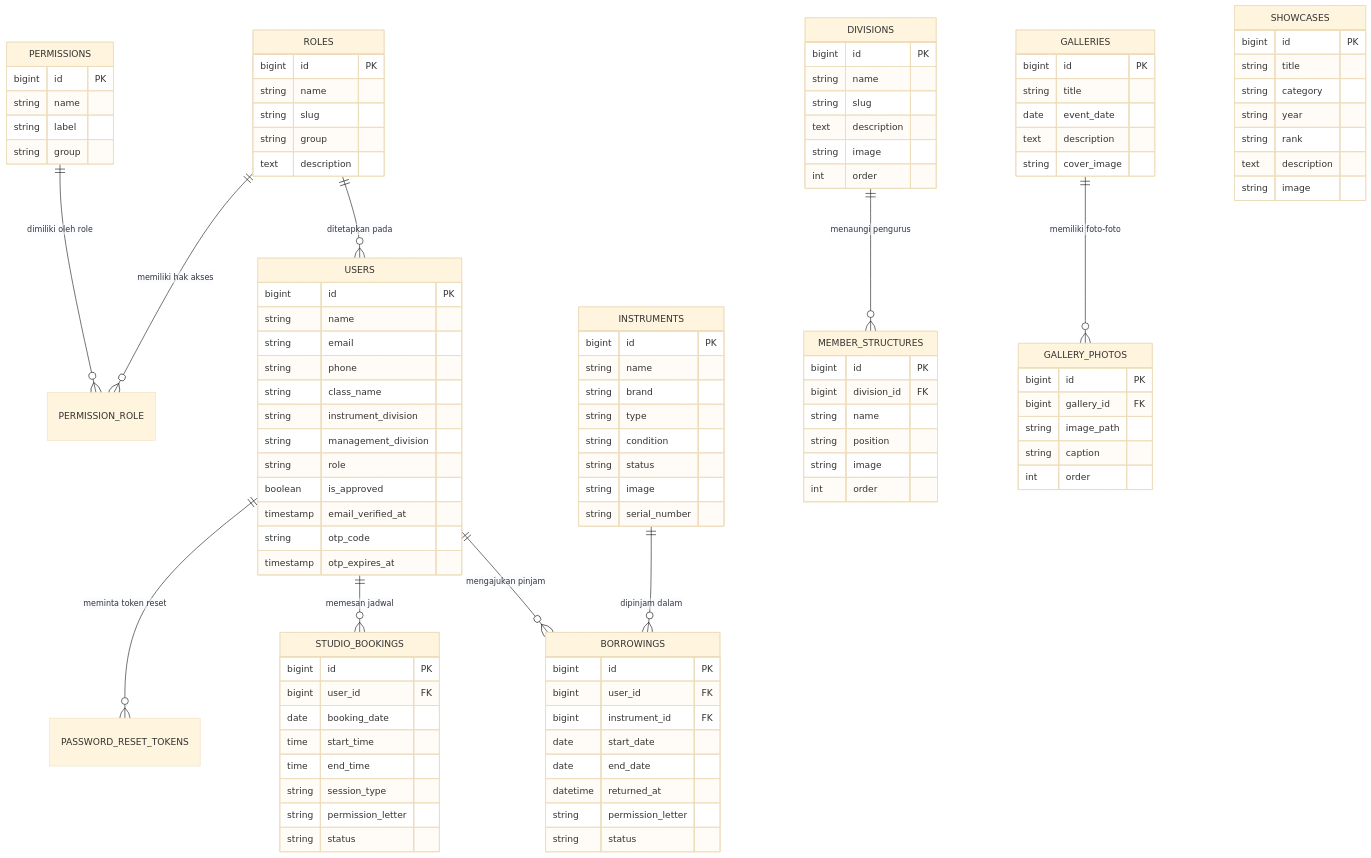
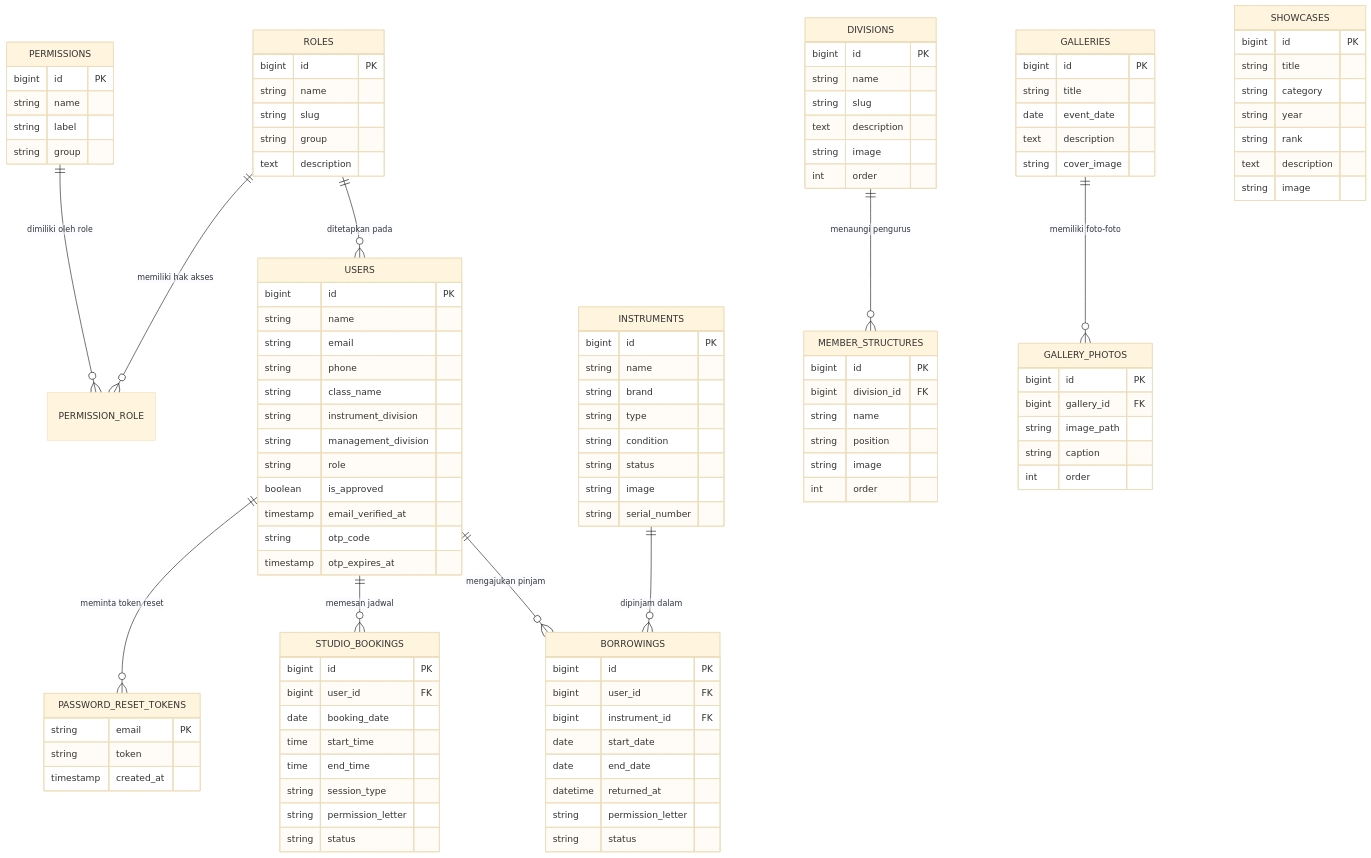
The diagram in README.md (zedhaniin/Website---Smecone-Music), drawn with Mermaid (base theme) before and after one commit. The commit also changed other lines of this file and 29 other files, not shown here.

````diff
--- a/README.md
+++ b/README.md
@@ -182,4 +187,10 @@
         text description
         string image
     }
+
+    PASSWORD_RESET_TOKENS {
+        string email PK
+        string token
+        timestamp created_at
+    }
 ```
````
